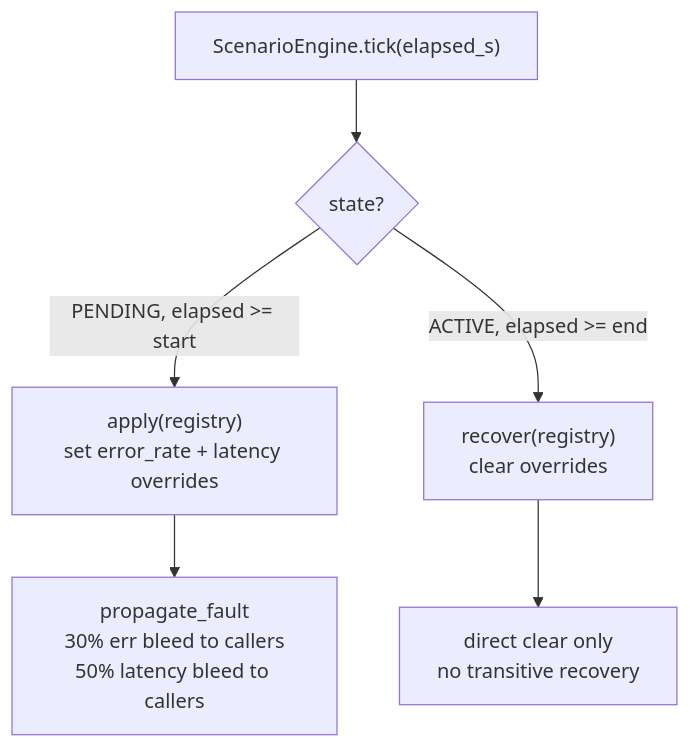
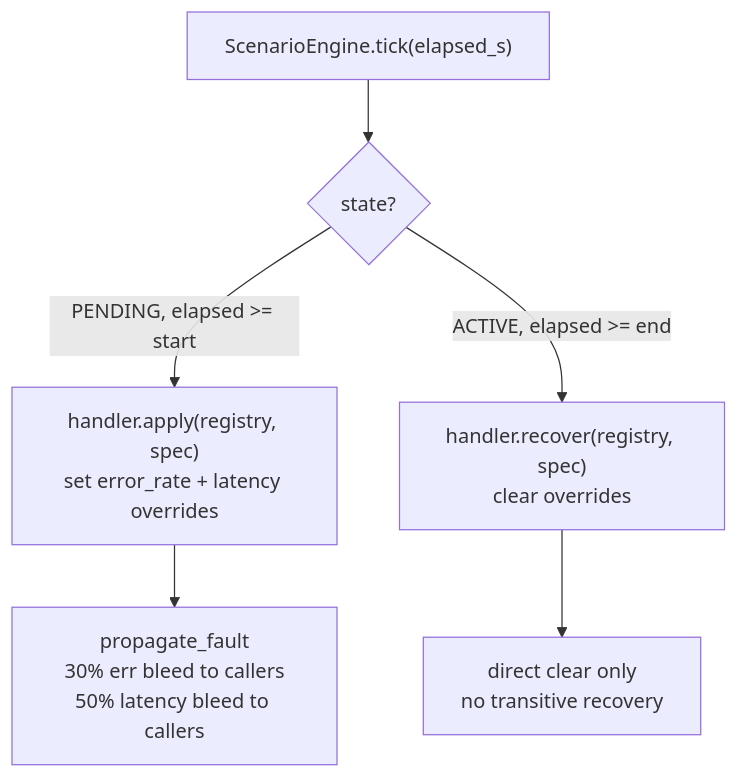
The fourth of 4 diagrams in README.md (rondomondo/genai-observability-data), drawn with Mermaid before and after one commit. The commit also changed other lines of this file and 74 other files, not shown here.

````diff
--- a/README.md
+++ b/README.md
@@ -433,8 +487,8 @@
 ```mermaid
 flowchart TD
     A["ScenarioEngine.tick(elapsed_s)"] --> B{state?}
-    B -->|PENDING, elapsed >= start| C["apply(registry)<br>set error_rate + latency overrides"]
-    B -->|ACTIVE, elapsed >= end| D["recover(registry)<br>clear overrides"]
+    B -->|PENDING, elapsed >= start| C["handler.apply(registry, spec)<br>set error_rate + latency overrides"]
+    B -->|ACTIVE, elapsed >= end| D["handler.recover(registry, spec)<br>clear overrides"]
     C --> E["propagate_fault<br>30% err bleed to callers<br>50% latency bleed to callers"]
     D --> F["direct clear only<br>no transitive recovery"]
 ```
````
